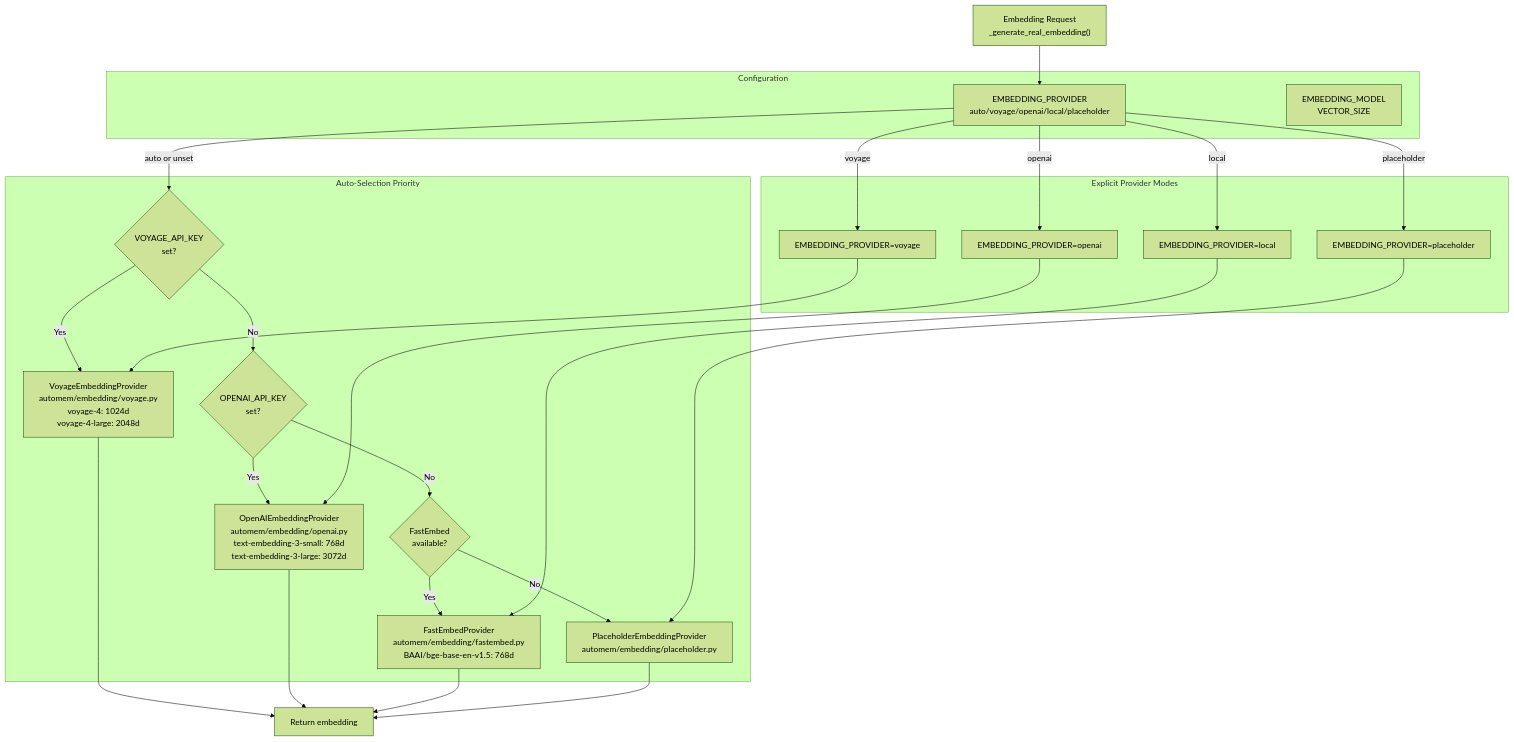
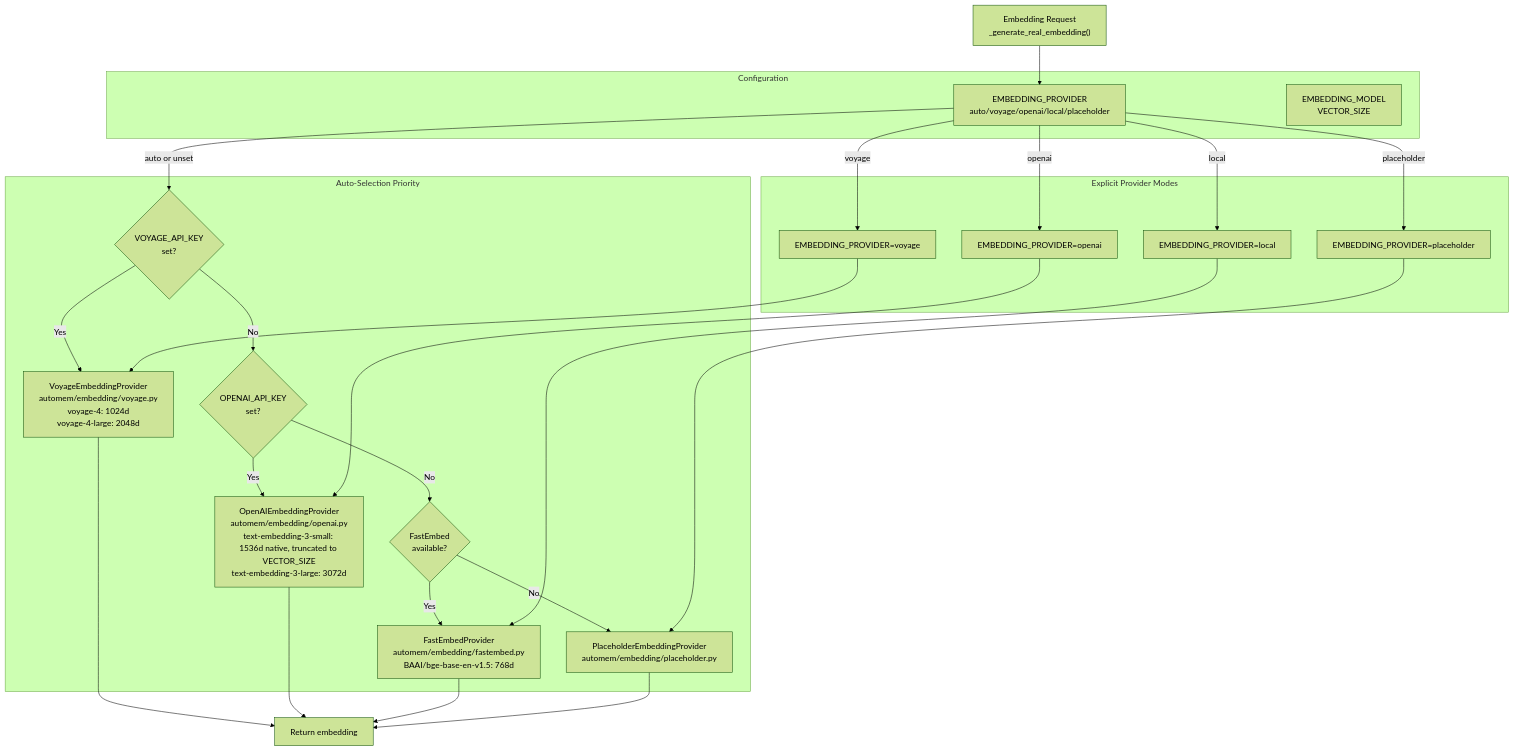
Before and after one commit to verygoodplugins/automem-website: the sixth of 6 diagrams in src/content/docs/docs/overview.md, drawn with Mermaid (forest theme). The commit also changed other lines of this file and 52 other files, not shown here.

````diff
--- a/src/content/docs/docs/overview.md
+++ b/src/content/docs/docs/overview.md
@@ -400,52 +400,52 @@
 ```mermaid
 graph TB
     Start["Embedding Request<br/>_generate_real_embedding()"]
 
     subgraph config["Configuration"]
         EnvProvider["EMBEDDING_PROVIDER<br/>auto/voyage/openai/local/placeholder"]
         EnvModel["EMBEDDING_MODEL<br/>VECTOR_SIZE"]
     end
 
     subgraph auto_select["Auto-Selection Priority"]
         CheckVoyage{"VOYAGE_API_KEY<br/>set?"}
         CheckOpenAI{"OPENAI_API_KEY<br/>set?"}
         CheckFastEmbed{"FastEmbed<br/>available?"}
         UsePlaceholder["PlaceholderEmbeddingProvider<br/>automem/embedding/placeholder.py"]
 
         Voyage["VoyageEmbeddingProvider<br/>automem/embedding/voyage.py<br/>voyage-4: 1024d<br/>voyage-4-large: 2048d"]
-        OpenAI["OpenAIEmbeddingProvider<br/>automem/embedding/openai.py<br/>text-embedding-3-small: 768d<br/>text-embedding-3-large: 3072d"]
+        OpenAI["OpenAIEmbeddingProvider<br/>automem/embedding/openai.py<br/>text-embedding-3-small: 1536d native, truncated to VECTOR_SIZE<br/>text-embedding-3-large: 3072d"]
         FastEmbed["FastEmbedProvider<br/>automem/embedding/fastembed.py<br/>BAAI/bge-base-en-v1.5: 768d"]
     end
 
     subgraph explicit["Explicit Provider Modes"]
         ForceVoyage["EMBEDDING_PROVIDER=voyage"]
         ForceOpenAI["EMBEDDING_PROVIDER=openai"]
         ForceLocal["EMBEDDING_PROVIDER=local"]
         ForcePlaceholder["EMBEDDING_PROVIDER=placeholder"]
     end
 
     Start --> EnvProvider
 
     EnvProvider -->|"auto or unset"| CheckVoyage
     EnvProvider -->|"voyage"| ForceVoyage
     EnvProvider -->|"openai"| ForceOpenAI
     EnvProvider -->|"local"| ForceLocal
     EnvProvider -->|"placeholder"| ForcePlaceholder
 
     CheckVoyage -->|"Yes"| Voyage
     CheckVoyage -->|"No"| CheckOpenAI
     CheckOpenAI -->|"Yes"| OpenAI
     CheckOpenAI -->|"No"| CheckFastEmbed
     CheckFastEmbed -->|"Yes"| FastEmbed
     CheckFastEmbed -->|"No"| UsePlaceholder
 
     ForceVoyage --> Voyage
     ForceOpenAI --> OpenAI
     ForceLocal --> FastEmbed
     ForcePlaceholder --> UsePlaceholder
 
     Voyage --> Result["Return embedding"]
     OpenAI --> Result
     FastEmbed --> Result
     UsePlaceholder --> Result
 ```
````
